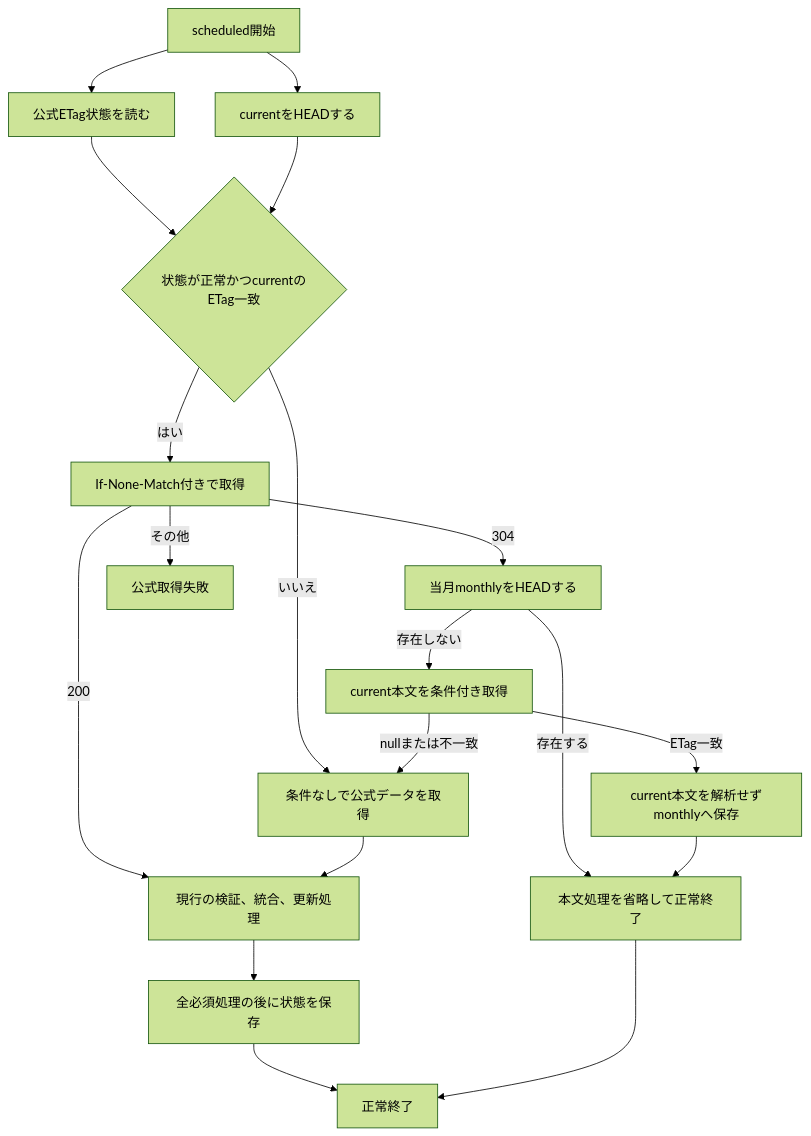
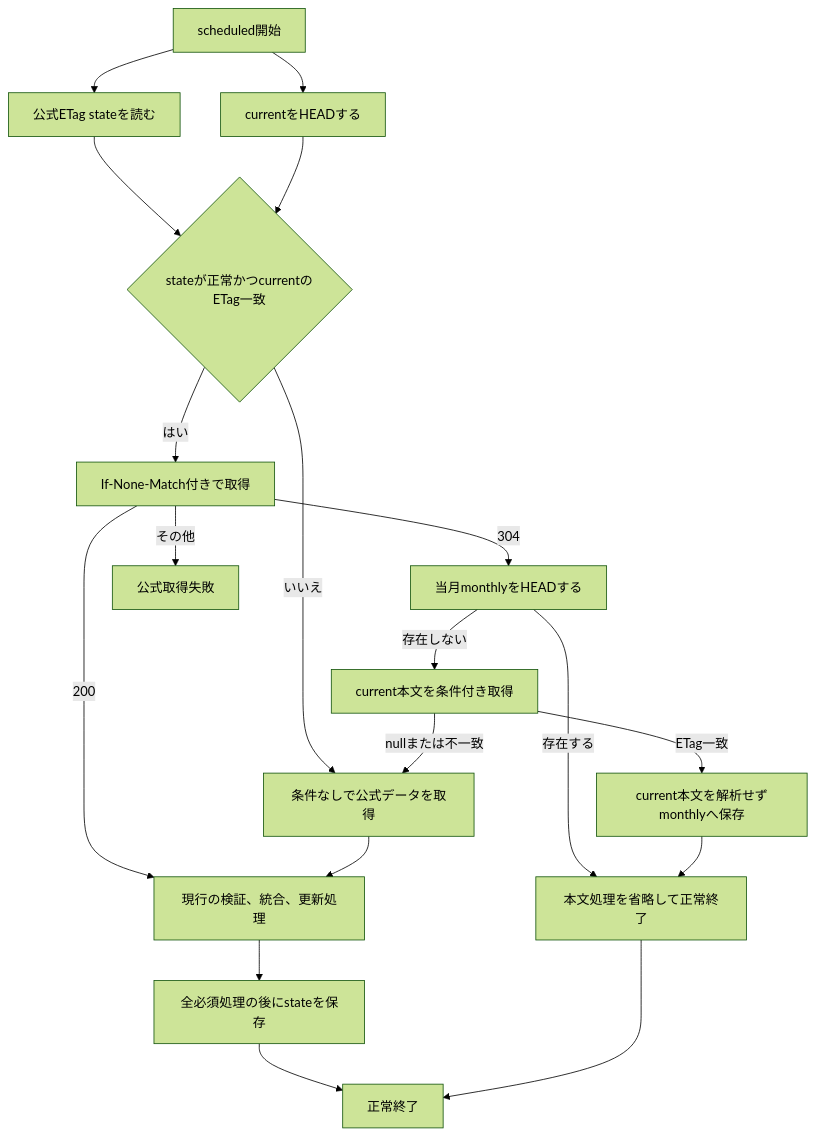
Before and after one commit to reamkf/kf3-notification-search: the diagram in docs/news-archive-etag-optimization.md, drawn with Mermaid (forest theme). The commit also changed other lines of this file and 7 other files, not shown here.

Commit message:
docs: document two-stage news refresh flow

````diff
--- a/docs/news-archive-etag-optimization.md
+++ b/docs/news-archive-etag-optimization.md
@@ -87,21 +67,21 @@
 ```mermaid
 flowchart TD
-    Start[scheduled開始] --> State[公式ETag状態を読む]
+    Start[scheduled開始] --> State[公式ETag stateを読む]
     Start --> HeadCurrent[currentをHEADする]
-    State --> Eligible{状態が正常かつcurrentのETag一致}
+    State --> Eligible{stateが正常かつcurrentのETag一致}
     HeadCurrent --> Eligible
     Eligible -->|いいえ| FullFetch[条件なしで公式データを取得]
     Eligible -->|はい| ConditionalFetch[If-None-Match付きで取得]
     ConditionalFetch -->|200| FullProcess[現行の検証、統合、更新処理]
     ConditionalFetch -->|304| CheckMonthly[当月monthlyをHEADする]
     ConditionalFetch -->|その他| Fail[公式取得失敗]
     FullFetch --> FullProcess
     CheckMonthly -->|存在する| Skip[本文処理を省略して正常終了]
     CheckMonthly -->|存在しない| StreamCurrent[current本文を条件付き取得]
     StreamCurrent -->|ETag一致| Monthly[current本文を解析せずmonthlyへ保存]
     StreamCurrent -->|nullまたは不一致| FullFetch
     Monthly --> Skip
-    FullProcess --> SaveState[全必須処理の後に状態を保存]
+    FullProcess --> SaveState[全必須処理の後にstateを保存]
     SaveState --> Done[正常終了]
     Skip --> Done
 ```
````
